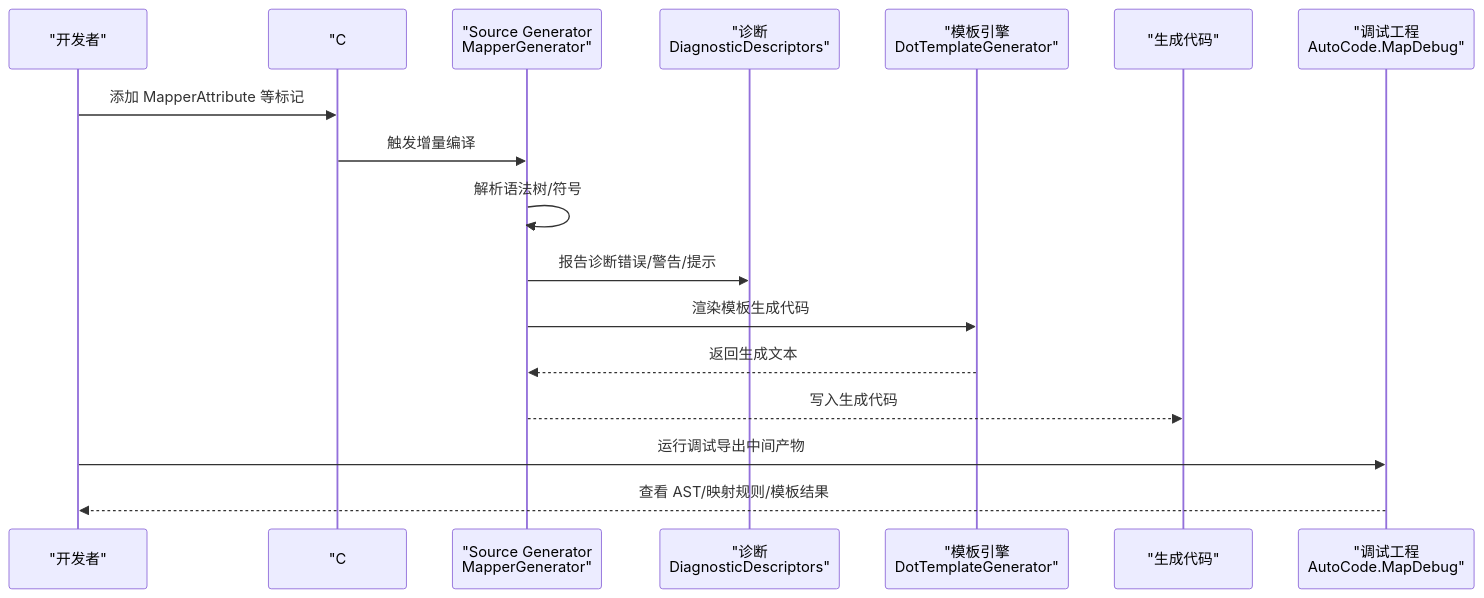
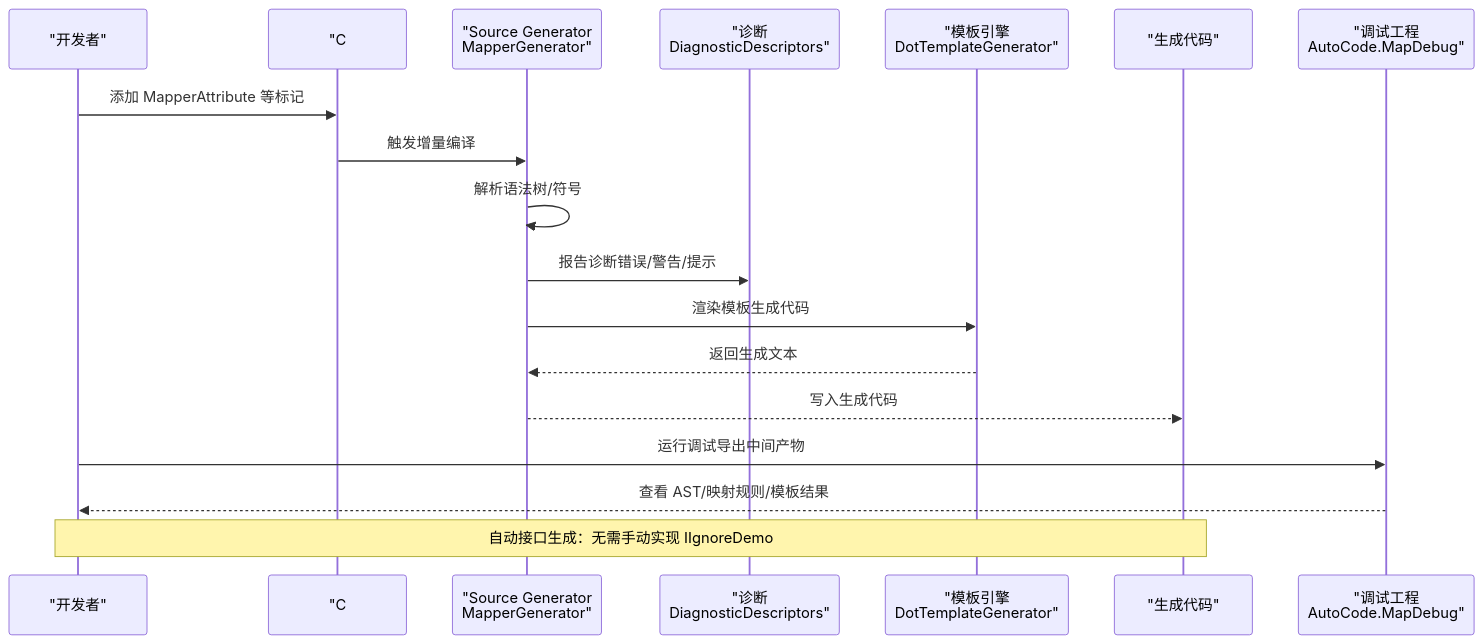
One commit to alivy/AutoCode changed the second of 4 diagrams in .qoder/repowiki/zh/content/调试与诊断/调试与诊断.md. Above: the diagram before and after it, drawn with Mermaid. The commit also changed other lines of this file and 23 other files, not shown here.

````diff
--- a/.qoder/repowiki/zh/content/调试与诊断/调试与诊断.md
+++ b/.qoder/repowiki/zh/content/调试与诊断/调试与诊断.md
@@ -128,19 +142,20 @@
 ```mermaid
 sequenceDiagram
 participant Dev as "开发者"
 participant CSProj as "C# 项目"
 participant SG as "Source Generator<br/>MapperGenerator"
 participant Diag as "诊断<br/>DiagnosticDescriptors"
 participant Tpl as "模板引擎<br/>DotTemplateGenerator"
 participant Out as "生成代码"
 participant Debug as "调试工程<br/>AutoCode.MapDebug"
 Dev->>CSProj : 添加 MapperAttribute 等标记
 CSProj->>SG : 触发增量编译
 SG->>SG : 解析语法树/符号
 SG->>Diag : 报告诊断错误/警告/提示
 SG->>Tpl : 渲染模板生成代码
 Tpl-->>SG : 返回生成文本
 SG-->>Out : 写入生成代码
 Dev->>Debug : 运行调试导出中间产物
 Debug-->>Dev : 查看 AST/映射规则/模板结果
+Note over Dev,Out : 自动接口生成：无需手动实现 IIgnoreDemo
 ```
````
